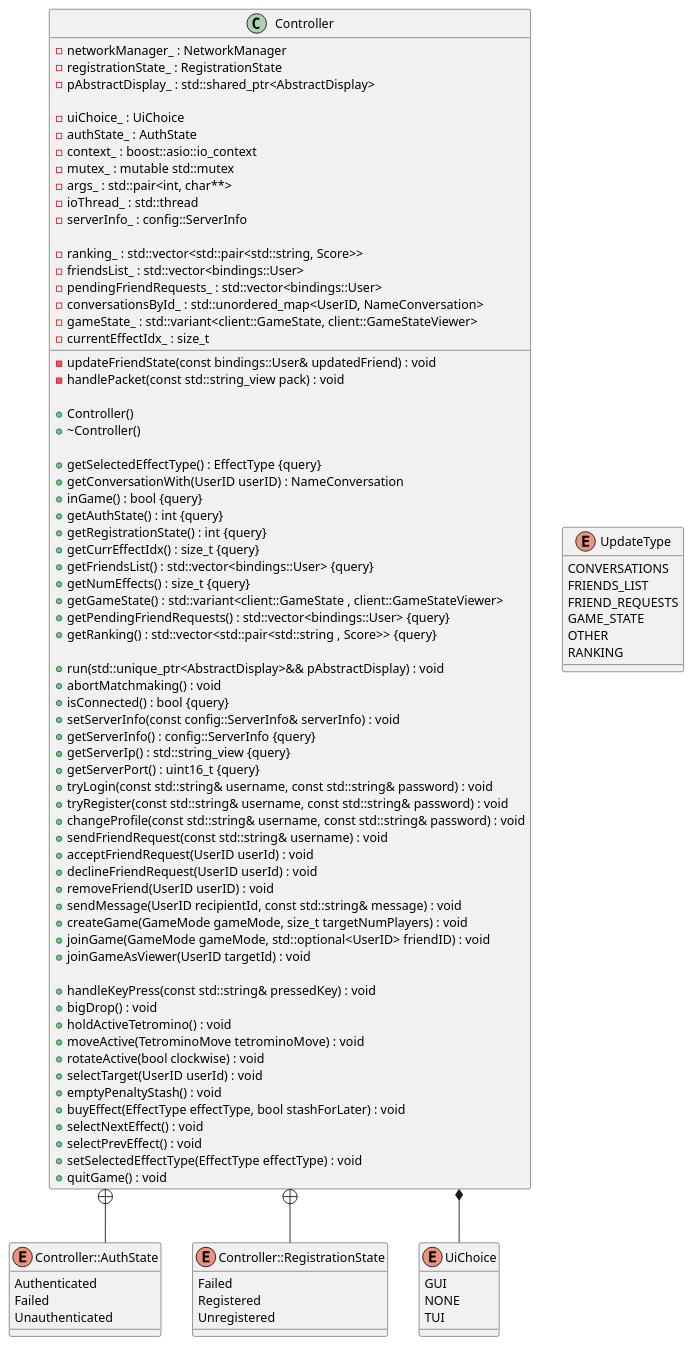
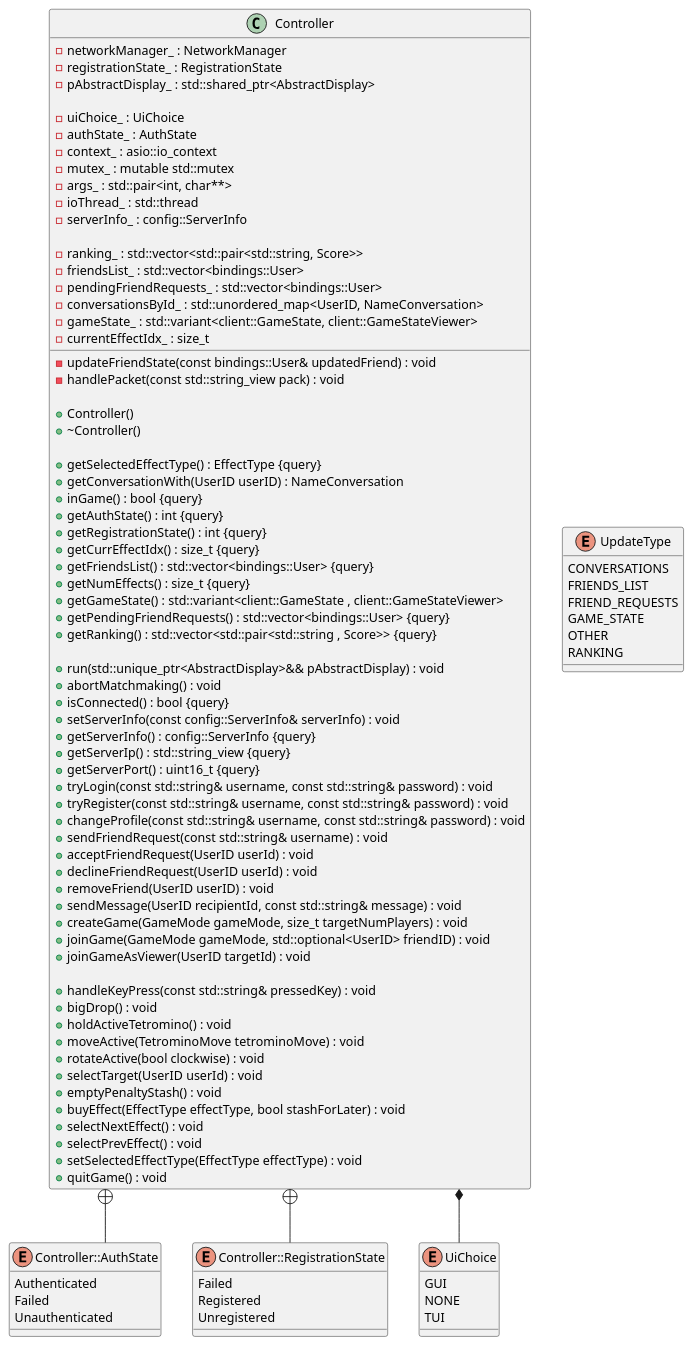
The diagram in doc/uml/class/client/ControllerClass.plantuml (ulb-info2-group5/Royal-Blocks), drawn with PlantUML before and after one commit. The commit also changed 26 other files, not shown here.

Commit message:
use asio instead of boost.asio and FetchContent asio

```diff
--- a/doc/uml/class/client/ControllerClass.plantuml
+++ b/doc/uml/class/client/ControllerClass.plantuml
@@ -1,139 +1,139 @@
 @startuml ControllerClass
 skinparam linetype ortho
 
 /' Objects '/
 
 class Controller {
 	-networkManager_ : NetworkManager
 	-registrationState_ : RegistrationState
 	'-screenManager_ : std::unique_ptr<ScreenManager>
     -pAbstractDisplay_ : std::shared_ptr<AbstractDisplay>
 
 	-uiChoice_ : UiChoice
 	-authState_ : AuthState
-	-context_ : boost::asio::io_context
+	-context_ : asio::io_context
 	-mutex_ : mutable std::mutex
 	-args_ : std::pair<int, char**>
 	-ioThread_ : std::thread
 	- serverInfo_ : config::ServerInfo
 	
 	-ranking_ : std::vector<std::pair<std::string, Score>>
 	-friendsList_ : std::vector<bindings::User>
 	-pendingFriendRequests_ : std::vector<bindings::User>
 	-conversationsById_ : std::unordered_map<UserID, NameConversation>
 	-gameState_ : std::variant<client::GameState, client::GameStateViewer>
 	-currentEffectIdx_ : size_t
 
 	-updateFriendState(const bindings::User& updatedFriend) : void
 	-handlePacket(const std::string_view pack) : void
 
 	+Controller()
 	+~Controller()
 
 	+getSelectedEffectType() : EffectType {query}
 	+getConversationWith(UserID userID) : NameConversation
 	+inGame() : bool {query}
 	+getAuthState() : int {query}
 	+getRegistrationState() : int {query}
 	+getCurrEffectIdx() : size_t {query}
 	+getFriendsList() : std::vector<bindings::User> {query}
 	+getNumEffects() : size_t {query}
 	+getGameState() : std::variant<client::GameState , client::GameStateViewer>
 	+getPendingFriendRequests() : std::vector<bindings::User> {query}
 	+getRanking() : std::vector<std::pair<std::string , Score>> {query}
 
 	+run(std::unique_ptr<AbstractDisplay>&& pAbstractDisplay) : void
 	+abortMatchmaking() : void
 	+isConnected() : bool {query}
 	+setServerInfo(const config::ServerInfo& serverInfo) : void
 	+getServerInfo() : config::ServerInfo {query}
 	+getServerIp() : std::string_view {query}
 	+getServerPort() : uint16_t {query}
 
 
 	+tryLogin(const std::string& username, const std::string& password) : void
 	+tryRegister(const std::string& username, const std::string& password) : void
 	+changeProfile(const std::string& username, const std::string& password) : void
 	+sendFriendRequest(const std::string& username) : void
 	+acceptFriendRequest(UserID userId) : void
 	+declineFriendRequest(UserID userId) : void
 	+removeFriend(UserID userID) : void
 	+sendMessage(UserID recipientId, const std::string& message) : void
 	+createGame(GameMode gameMode, size_t targetNumPlayers) : void
 	+joinGame(GameMode gameMode, std::optional<UserID> friendID) : void
 	+joinGameAsViewer(UserID targetId) : void
 
 	+handleKeyPress(const std::string& pressedKey) : void
 	+bigDrop() : void
 	+holdActiveTetromino() : void
 	+moveActive(TetrominoMove tetrominoMove) : void
 	+rotateActive(bool clockwise) : void
 	+selectTarget(UserID userId) : void
 	+emptyPenaltyStash() : void
 	+buyEffect(EffectType effectType, bool stashForLater) : void
 	+selectNextEffect() : void
 	+selectPrevEffect() : void
 	+setSelectedEffectType(EffectType effectType) : void
 	+quitGame() : void
 }
 
 
 enum Controller::AuthState {
 	Authenticated
 	Failed
 	Unauthenticated
 }
 
 
 enum Controller::RegistrationState {
 	Failed
 	Registered
 	Unregistered
 }
 
 
 enum UiChoice {
 	GUI
 	NONE
 	TUI
 }
 
 
 enum UpdateType {
 	CONVERSATIONS
 	FRIENDS_LIST
 	FRIEND_REQUESTS
 	GAME_STATE
 	OTHER
 	RANKING
 }
 
 
 
 
 
 /' Inheritance relationships '/
 
 
 
 
 /' Aggregation relationships '/
 
 Controller *-- UiChoice
 
 
 
 
 
 
 /' Nested objects '/
 
 Controller +-- Controller::AuthState
 
 
 Controller +-- Controller::RegistrationState
 
 
 
 
 @enduml
```
